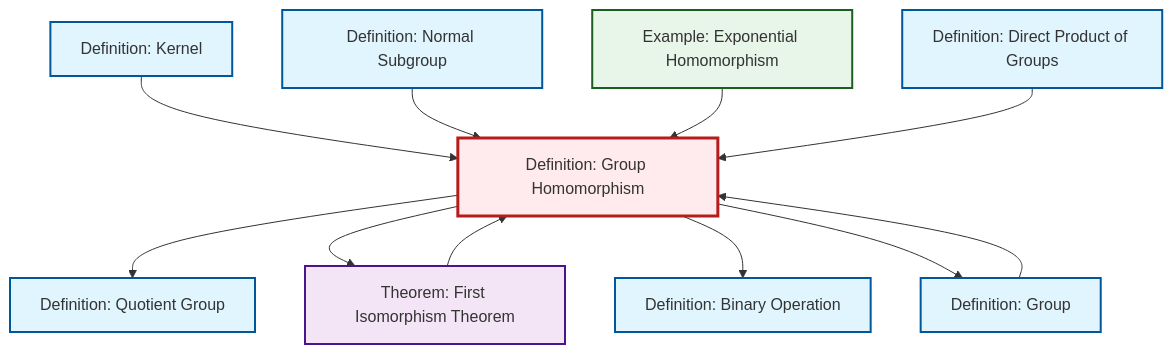
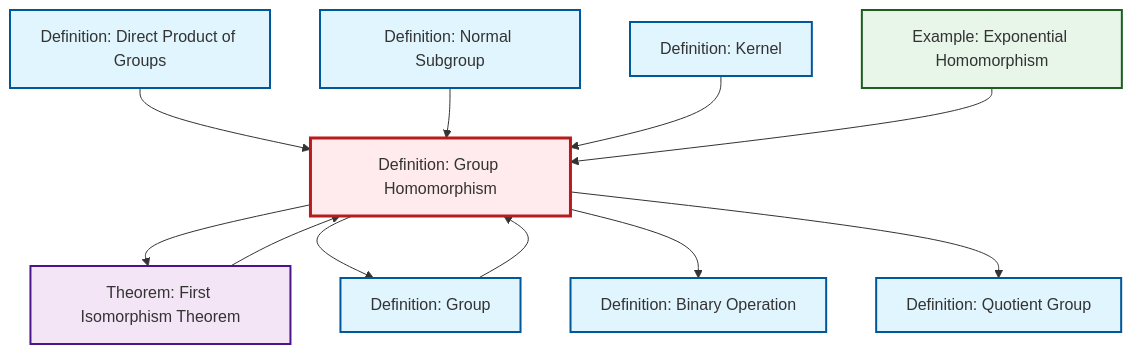
Before and after one commit to RK0429/ModernMath: the diagram in content/en/algebra/def-homomorphism.qmd, drawn with Mermaid. The commit also changed other lines of this file and 497 other files, not shown here.

````diff
--- a/content/en/algebra/def-homomorphism.qmd
+++ b/content/en/algebra/def-homomorphism.qmd
@@ -61,37 +61,37 @@
 ```{mermaid}
 %%| fig-cap: "Local dependency graph"
 graph TD
     classDef definition fill:#e1f5fe,stroke:#01579b,stroke-width:2px
     classDef theorem fill:#f3e5f5,stroke:#4a148c,stroke-width:2px
     classDef axiom fill:#fff3e0,stroke:#e65100,stroke-width:2px
     classDef example fill:#e8f5e9,stroke:#1b5e20,stroke-width:2px
     classDef current fill:#ffebee,stroke:#b71c1c,stroke-width:3px
-    ex-exponential-homomorphism["Example: Exponential Homomorphism"]:::example
-    def-quotient-group["Definition: Quotient Group"]:::definition
     def-normal-subgroup["Definition: Normal Subgroup"]:::definition
-    def-homomorphism["Definition: Group Homomorphism"]:::definition
     thm-first-isomorphism["Theorem: First Isomorphism Theorem"]:::theorem
     def-kernel["Definition: Kernel"]:::definition
+    def-homomorphism["Definition: Group Homomorphism"]:::definition
+    def-quotient-group["Definition: Quotient Group"]:::definition
+    def-binary-operation["Definition: Binary Operation"]:::definition
     def-direct-product["Definition: Direct Product of Groups"]:::definition
     def-group["Definition: Group"]:::definition
-    def-binary-operation["Definition: Binary Operation"]:::definition
-    def-homomorphism --> def-quotient-group
-    def-group --> def-homomorphism
+    ex-exponential-homomorphism["Example: Exponential Homomorphism"]:::example
+    thm-first-isomorphism --> def-homomorphism
     def-homomorphism --> thm-first-isomorphism
-    thm-first-isomorphism --> def-homomorphism
-    def-kernel --> def-homomorphism
-    def-normal-subgroup --> def-homomorphism
-    ex-exponential-homomorphism --> def-homomorphism
-    def-homomorphism --> def-binary-operation
     def-homomorphism --> def-group
     def-direct-product --> def-homomorphism
+    def-group --> def-homomorphism
+    def-normal-subgroup --> def-homomorphism
+    def-homomorphism --> def-binary-operation
+    def-kernel --> def-homomorphism
+    ex-exponential-homomorphism --> def-homomorphism
+    def-homomorphism --> def-quotient-group
     class def-homomorphism current
-    click ex-exponential-homomorphism "ex-exponential-homomorphism.html" "Go to Exponential Homomorphism example"
-    click def-quotient-group "def-quotient-group.html" "Go to Quotient Group definition"
     click def-normal-subgroup "def-normal-subgroup.html" "Go to Normal Subgroup definition"
     click thm-first-isomorphism "thm-first-isomorphism.html" "Go to First Isomorphism Theorem theorem"
     click def-kernel "def-kernel.html" "Go to Kernel definition"
+    click def-quotient-group "def-quotient-group.html" "Go to Quotient Group definition"
+    click def-binary-operation "def-binary-operation.html" "Go to Binary Operation definition"
     click def-direct-product "def-direct-product.html" "Go to Direct Product of Groups definition"
     click def-group "def-group.html" "Go to Group definition"
-    click def-binary-operation "def-binary-operation.html" "Go to Binary Operation definition"
+    click ex-exponential-homomorphism "ex-exponential-homomorphism.html" "Go to Exponential Homomorphism example"
 ```
````
